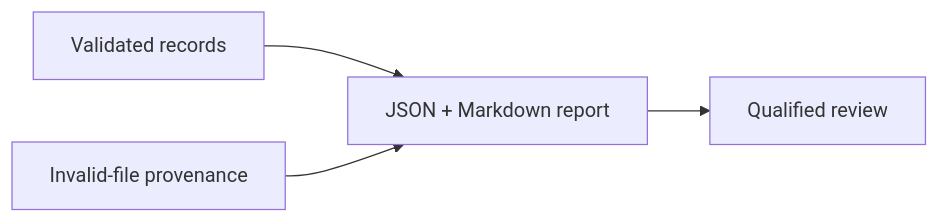
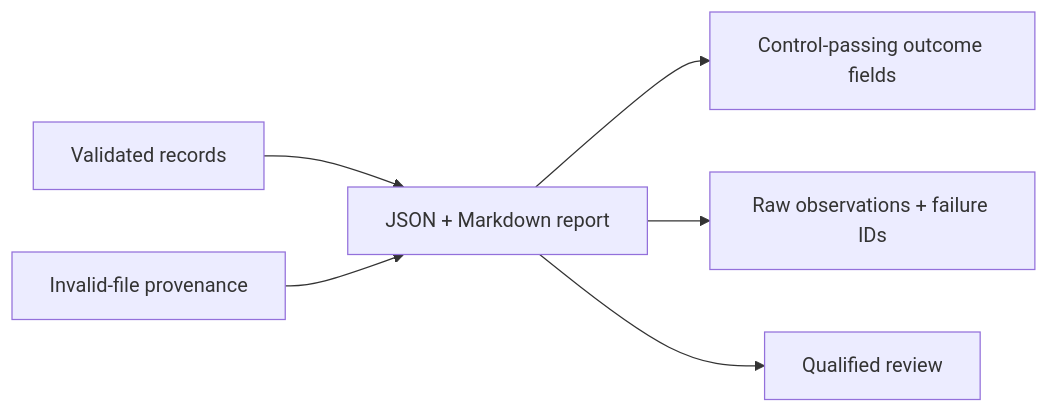
The first of 2 diagrams in src/openamp_foundry/reports/AGENTS.md (streamentry/OpenAMP-Foundry), drawn with Mermaid before and after one commit. The commit also changed other lines of this file and 13 other files, not shown here.

First line of the commit message:
fix: separate raw and usable lab outcomes (#1043)

````diff
--- a/src/openamp_foundry/reports/AGENTS.md
+++ b/src/openamp_foundry/reports/AGENTS.md
@@ -16,6 +17,8 @@
 ```mermaid
 flowchart LR
   Records["Validated records"] --> Report["JSON + Markdown report"]
   Invalid["Invalid-file provenance"] --> Report
+  Report --> Usable["Control-passing outcome fields"]
+  Report --> Raw["Raw observations + failure IDs"]
   Report --> Review["Qualified review"]
 ```
````
